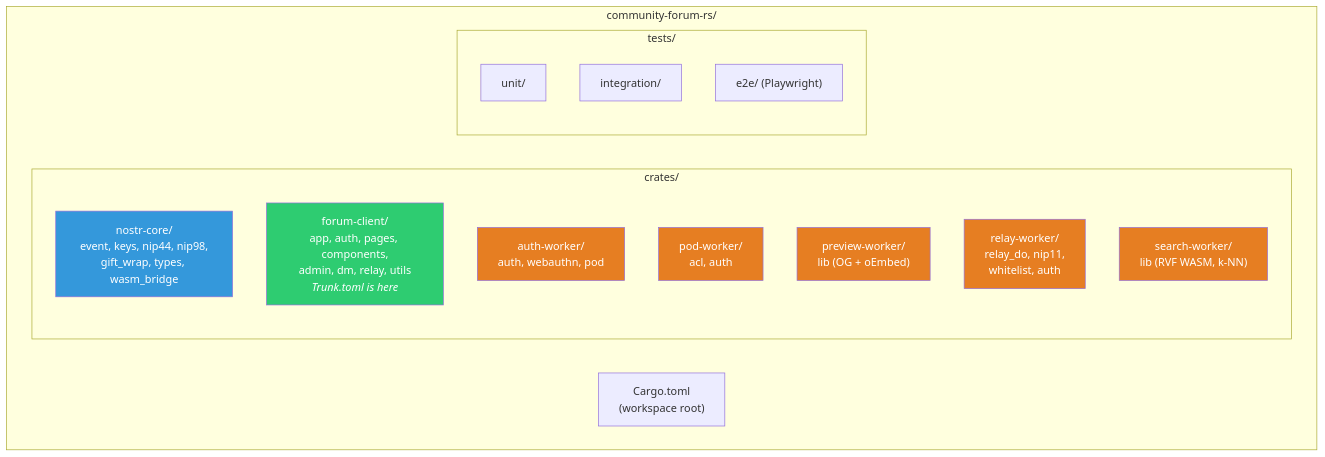
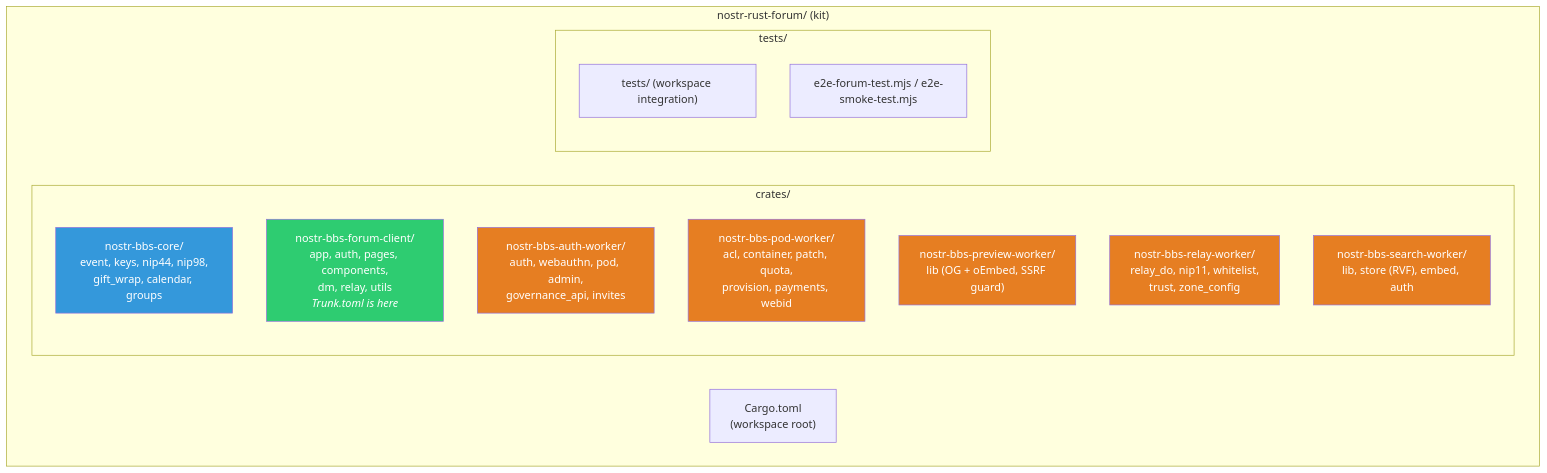
The second of 2 diagrams in docs/developer/GETTING_STARTED.md (DreamLab-AI/dreamlab-ai-website), drawn with Mermaid before and after one commit. The commit also changed other lines of this file and 25 other files, not shown here.

First line of the commit message:
docs(diagrams): verify mermaid diagrams against deployed code; refresh pins, label aspirational flows and known gaps

````diff
--- a/docs/developer/GETTING_STARTED.md
+++ b/docs/developer/GETTING_STARTED.md
@@ -136,30 +138,29 @@
 ```mermaid
 graph TD
-    subgraph "community-forum-rs/"
+    subgraph "nostr-rust-forum/ (kit)"
         CARGO["Cargo.toml<br/>(workspace root)"]
 
         subgraph "crates/"
-            NC["nostr-core/<br/>event, keys, nip44, nip98,<br/>gift_wrap, types, wasm_bridge"]
-            FC["forum-client/<br/>app, auth, pages, components,<br/>admin, dm, relay, utils<br/><em>Trunk.toml is here</em>"]
-            AW["auth-worker/<br/>auth, webauthn, pod"]
-            PW["pod-worker/<br/>acl, auth"]
-            PV["preview-worker/<br/>lib (OG + oEmbed)"]
-            RW["relay-worker/<br/>relay_do, nip11,<br/>whitelist, auth"]
-            SW["search-worker/<br/>lib (RVF WASM, k-NN)"]
+            NC["nostr-bbs-core/<br/>event, keys, nip44, nip98,<br/>gift_wrap, calendar, groups"]
+            FC["nostr-bbs-forum-client/<br/>app, auth, pages, components,<br/>dm, relay, utils<br/><em>Trunk.toml is here</em>"]
+            AW["nostr-bbs-auth-worker/<br/>auth, webauthn, pod, admin,<br/>governance_api, invites"]
+            PW["nostr-bbs-pod-worker/<br/>acl, container, patch, quota,<br/>provision, payments, webid"]
+            PV["nostr-bbs-preview-worker/<br/>lib (OG + oEmbed, SSRF guard)"]
+            RW["nostr-bbs-relay-worker/<br/>relay_do, nip11, whitelist,<br/>trust, zone_config"]
+            SW["nostr-bbs-search-worker/<br/>lib, store (RVF), embed, auth"]
         end
 
         subgraph "tests/"
-            UT["unit/"]
-            IT["integration/"]
-            E2E["e2e/ (Playwright)"]
+            IT["tests/ (workspace integration)"]
+            E2E["e2e-forum-test.mjs / e2e-smoke-test.mjs"]
         end
     end
 
     style NC fill:#3498db,color:#fff
     style FC fill:#2ecc71,color:#fff
     style AW fill:#e67e22,color:#fff
     style PW fill:#e67e22,color:#fff
     style PV fill:#e67e22,color:#fff
     style RW fill:#e67e22,color:#fff
     style SW fill:#e67e22,color:#fff
 ```
````
